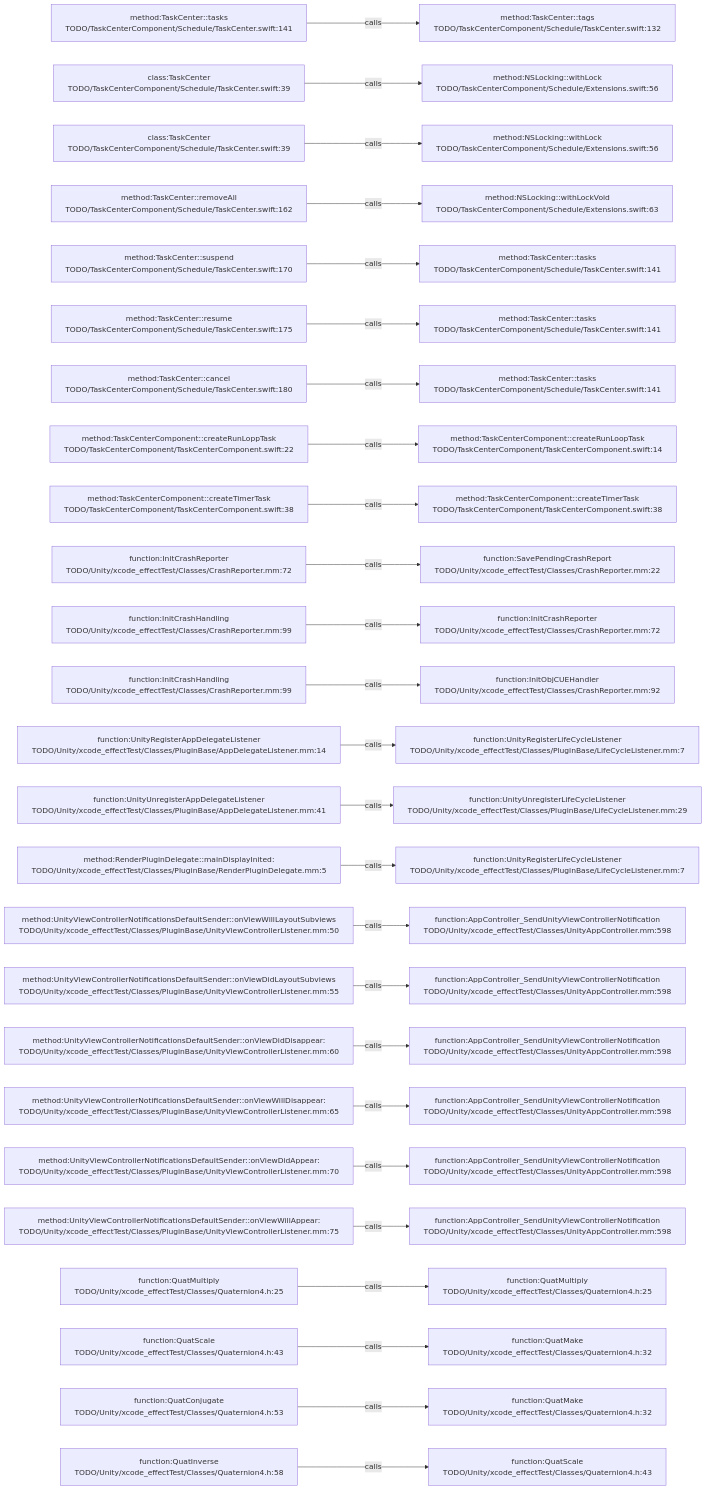
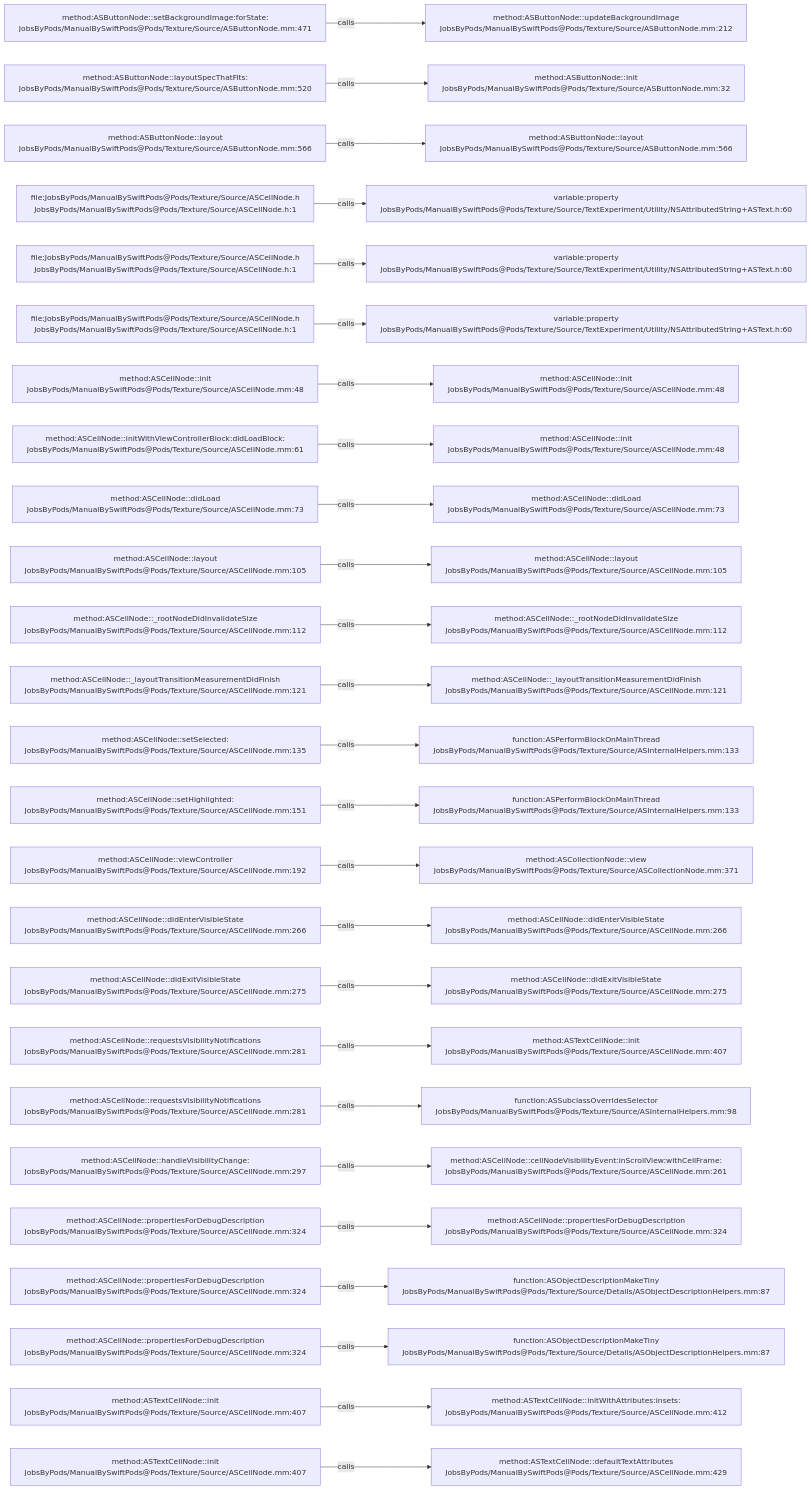
The diagram in .codegraph/codegraph.md/graphs/calls-023.md (JobsKits/JobsSwiftBaseConfigDemo), drawn with Mermaid before and after one commit. The commit also changed 2959 other files, not shown here.

````diff
--- a/.codegraph/codegraph.md/graphs/calls-023.md
+++ b/.codegraph/codegraph.md/graphs/calls-023.md
@@ -13,78 +13,78 @@
 ```mermaid
 flowchart LR
-  S1["method:TaskCenter::tasks<br/>TODO/TaskCenterComponent/Schedule/TaskCenter.swift:141"]
-  T1["method:TaskCenter::tags<br/>TODO/TaskCenterComponent/Schedule/TaskCenter.swift:132"]
+  S1["method:ASButtonNode::setBackgroundImage:forState:<br/>JobsByPods/ManualBySwiftPods@Pods/Texture/Source/ASButtonNode.mm:471"]
+  T1["method:ASButtonNode::updateBackgroundImage<br/>JobsByPods/ManualBySwiftPods@Pods/Texture/Source/ASButtonNode.mm:212"]
   S1 -->|calls| T1
-  S2["class:TaskCenter<br/>TODO/TaskCenterComponent/Schedule/TaskCenter.swift:39"]
-  T2["method:NSLocking::withLock<br/>TODO/TaskCenterComponent/Schedule/Extensions.swift:56"]
+  S2["method:ASButtonNode::layoutSpecThatFits:<br/>JobsByPods/ManualBySwiftPods@Pods/Texture/Source/ASButtonNode.mm:520"]
+  T2["method:ASButtonNode::init<br/>JobsByPods/ManualBySwiftPods@Pods/Texture/Source/ASButtonNode.mm:32"]
   S2 -->|calls| T2
-  S3["class:TaskCenter<br/>TODO/TaskCenterComponent/Schedule/TaskCenter.swift:39"]
-  T3["method:NSLocking::withLock<br/>TODO/TaskCenterComponent/Schedule/Extensions.swift:56"]
+  S3["method:ASButtonNode::layout<br/>JobsByPods/ManualBySwiftPods@Pods/Texture/Source/ASButtonNode.mm:566"]
+  T3["method:ASButtonNode::layout<br/>JobsByPods/ManualBySwiftPods@Pods/Texture/Source/ASButtonNode.mm:566"]
   S3 -->|calls| T3
-  S4["method:TaskCenter::removeAll<br/>TODO/TaskCenterComponent/Schedule/TaskCenter.swift:162"]
-  T4["method:NSLocking::withLockVoid<br/>TODO/TaskCenterComponent/Schedule/Extensions.swift:63"]
+  S4["file:JobsByPods/ManualBySwiftPods@Pods/Texture/Source/ASCellNode.h<br/>JobsByPods/ManualBySwiftPods@Pods/Texture/Source/ASCellNode.h:1"]
+  T4["variable:property<br/>JobsByPods/ManualBySwiftPods@Pods/Texture/Source/TextExperiment/Utility/NSAttributedString+ASText.h:60"]
   S4 -->|calls| T4
-  S5["method:TaskCenter::suspend<br/>TODO/TaskCenterComponent/Schedule/TaskCenter.swift:170"]
-  T5["method:TaskCenter::tasks<br/>TODO/TaskCenterComponent/Schedule/TaskCenter.swift:141"]
+  S5["file:JobsByPods/ManualBySwiftPods@Pods/Texture/Source/ASCellNode.h<br/>JobsByPods/ManualBySwiftPods@Pods/Texture/Source/ASCellNode.h:1"]
+  T5["variable:property<br/>JobsByPods/ManualBySwiftPods@Pods/Texture/Source/TextExperiment/Utility/NSAttributedString+ASText.h:60"]
   S5 -->|calls| T5
-  S6["method:TaskCenter::resume<br/>TODO/TaskCenterComponent/Schedule/TaskCenter.swift:175"]
-  T6["method:TaskCenter::tasks<br/>TODO/TaskCenterComponent/Schedule/TaskCenter.swift:141"]
+  S6["file:JobsByPods/ManualBySwiftPods@Pods/Texture/Source/ASCellNode.h<br/>JobsByPods/ManualBySwiftPods@Pods/Texture/Source/ASCellNode.h:1"]
+  T6["variable:property<br/>JobsByPods/ManualBySwiftPods@Pods/Texture/Source/TextExperiment/Utility/NSAttributedString+ASText.h:60"]
   S6 -->|calls| T6
-  S7["method:TaskCenter::cancel<br/>TODO/TaskCenterComponent/Schedule/TaskCenter.swift:180"]
-  T7["method:TaskCenter::tasks<br/>TODO/TaskCenterComponent/Schedule/TaskCenter.swift:141"]
+  S7["method:ASCellNode::init<br/>JobsByPods/ManualBySwiftPods@Pods/Texture/Source/ASCellNode.mm:48"]
+  T7["method:ASCellNode::init<br/>JobsByPods/ManualBySwiftPods@Pods/Texture/Source/ASCellNode.mm:48"]
   S7 -->|calls| T7
-  S8["method:TaskCenterComponent::createRunLoppTask<br/>TODO/TaskCenterComponent/TaskCenterComponent.swift:22"]
-  T8["method:TaskCenterComponent::createRunLoopTask<br/>TODO/TaskCenterComponent/TaskCenterComponent.swift:14"]
+  S8["method:ASCellNode::initWithViewControllerBlock:didLoadBlock:<br/>JobsByPods/ManualBySwiftPods@Pods/Texture/Source/ASCellNode.mm:61"]
+  T8["method:ASCellNode::init<br/>JobsByPods/ManualBySwiftPods@Pods/Texture/Source/ASCellNode.mm:48"]
   S8 -->|calls| T8
-  S9["method:TaskCenterComponent::createTimerTask<br/>TODO/TaskCenterComponent/TaskCenterComponent.swift:38"]
-  T9["method:TaskCenterComponent::createTimerTask<br/>TODO/TaskCenterComponent/TaskCenterComponent.swift:38"]
+  S9["method:ASCellNode::didLoad<br/>JobsByPods/ManualBySwiftPods@Pods/Texture/Source/ASCellNode.mm:73"]
+  T9["method:ASCellNode::didLoad<br/>JobsByPods/ManualBySwiftPods@Pods/Texture/Source/ASCellNode.mm:73"]
   S9 -->|calls| T9
-  S10["function:InitCrashReporter<br/>TODO/Unity/xcode_effectTest/Classes/CrashReporter.mm:72"]
-  T10["function:SavePendingCrashReport<br/>TODO/Unity/xcode_effectTest/Classes/CrashReporter.mm:22"]
+  S10["method:ASCellNode::layout<br/>JobsByPods/ManualBySwiftPods@Pods/Texture/Source/ASCellNode.mm:105"]
+  T10["method:ASCellNode::layout<br/>JobsByPods/ManualBySwiftPods@Pods/Texture/Source/ASCellNode.mm:105"]
   S10 -->|calls| T10
-  S11["function:InitCrashHandling<br/>TODO/Unity/xcode_effectTest/Classes/CrashReporter.mm:99"]
-  T11["function:InitCrashReporter<br/>TODO/Unity/xcode_effectTest/Classes/CrashReporter.mm:72"]
+  S11["method:ASCellNode::_rootNodeDidInvalidateSize<br/>JobsByPods/ManualBySwiftPods@Pods/Texture/Source/ASCellNode.mm:112"]
+  T11["method:ASCellNode::_rootNodeDidInvalidateSize<br/>JobsByPods/ManualBySwiftPods@Pods/Texture/Source/ASCellNode.mm:112"]
   S11 -->|calls| T11
-  S12["function:InitCrashHandling<br/>TODO/Unity/xcode_effectTest/Classes/CrashReporter.mm:99"]
-  T12["function:InitObjCUEHandler<br/>TODO/Unity/xcode_effectTest/Classes/CrashReporter.mm:92"]
+  S12["method:ASCellNode::_layoutTransitionMeasurementDidFinish<br/>JobsByPods/ManualBySwiftPods@Pods/Texture/Source/ASCellNode.mm:121"]
+  T12["method:ASCellNode::_layoutTransitionMeasurementDidFinish<br/>JobsByPods/ManualBySwiftPods@Pods/Texture/Source/ASCellNode.mm:121"]
   S12 -->|calls| T12
-  S13["function:UnityRegisterAppDelegateListener<br/>TODO/Unity/xcode_effectTest/Classes/PluginBase/AppDelegateListener.mm:14"]
-  T13["function:UnityRegisterLifeCycleListener<br/>TODO/Unity/xcode_effectTest/Classes/PluginBase/LifeCycleListener.mm:7"]
+  S13["method:ASCellNode::setSelected:<br/>JobsByPods/ManualBySwiftPods@Pods/Texture/Source/ASCellNode.mm:135"]
+  T13["function:ASPerformBlockOnMainThread<br/>JobsByPods/ManualBySwiftPods@Pods/Texture/Source/ASInternalHelpers.mm:133"]
   S13 -->|calls| T13
-  S14["function:UnityUnregisterAppDelegateListener<br/>TODO/Unity/xcode_effectTest/Classes/PluginBase/AppDelegateListener.mm:41"]
-  T14["function:UnityUnregisterLifeCycleListener<br/>TODO/Unity/xcode_effectTest/Classes/PluginBase/LifeCycleListener.mm:29"]
+  S14["method:ASCellNode::setHighlighted:<br/>JobsByPods/ManualBySwiftPods@Pods/Texture/Source/ASCellNode.mm:151"]
+  T14["function:ASPerformBlockOnMainThread<br/>JobsByPods/ManualBySwiftPods@Pods/Texture/Source/ASInternalHelpers.mm:133"]
   S14 -->|calls| T14
-  S15["method:RenderPluginDelegate::mainDisplayInited:<br/>TODO/Unity/xcode_effectTest/Classes/PluginBase/RenderPluginDelegate.mm:5"]
-  T15["function:UnityRegisterLifeCycleListener<br/>TODO/Unity/xcode_effectTest/Classes/PluginBase/LifeCycleListener.mm:7"]
+  S15["method:ASCellNode::viewController<br/>JobsByPods/ManualBySwiftPods@Pods/Texture/Source/ASCellNode.mm:192"]
+  T15["method:ASCollectionNode::view<br/>JobsByPods/ManualBySwiftPods@Pods/Texture/Source/ASCollectionNode.mm:371"]
   S15 -->|calls| T15
-  S16["method:UnityViewControllerNotificationsDefaultSender::onViewWillLayoutSubviews<br/>TODO/Unity/xcode_effectTest/Classes/PluginBase/UnityViewControllerListener.mm:50"]
-  T16["function:AppController_SendUnityViewControllerNotification<br/>TODO/Unity/xcode_effectTest/Classes/UnityAppController.mm:598"]
+  S16["method:ASCellNode::didEnterVisibleState<br/>JobsByPods/ManualBySwiftPods@Pods/Texture/Source/ASCellNode.mm:266"]
+  T16["method:ASCellNode::didEnterVisibleState<br/>JobsByPods/ManualBySwiftPods@Pods/Texture/Source/ASCellNode.mm:266"]
   S16 -->|calls| T16
-  S17["method:UnityViewControllerNotificationsDefaultSender::onViewDidLayoutSubviews<br/>TODO/Unity/xcode_effectTest/Classes/PluginBase/UnityViewControllerListener.mm:55"]
-  T17["function:AppController_SendUnityViewControllerNotification<br/>TODO/Unity/xcode_effectTest/Classes/UnityAppController.mm:598"]
+  S17["method:ASCellNode::didExitVisibleState<br/>JobsByPods/ManualBySwiftPods@Pods/Texture/Source/ASCellNode.mm:275"]
+  T17["method:ASCellNode::didExitVisibleState<br/>JobsByPods/ManualBySwiftPods@Pods/Texture/Source/ASCellNode.mm:275"]
   S17 -->|calls| T17
-  S18["method:UnityViewControllerNotificationsDefaultSender::onViewDidDisappear:<br/>TODO/Unity/xcode_effectTest/Classes/PluginBase/UnityViewControllerListener.mm:60"]
-  T18["function:AppController_SendUnityViewControllerNotification<br/>TODO/Unity/xcode_effectTest/Classes/UnityAppController.mm:598"]
+  S18["method:ASCellNode::requestsVisibilityNotifications<br/>JobsByPods/ManualBySwiftPods@Pods/Texture/Source/ASCellNode.mm:281"]
+  T18["method:ASTextCellNode::init<br/>JobsByPods/ManualBySwiftPods@Pods/Texture/Source/ASCellNode.mm:407"]
   S18 -->|calls| T18
-  S19["method:UnityViewControllerNotificationsDefaultSender::onViewWillDisappear:<br/>TODO/Unity/xcode_effectTest/Classes/PluginBase/UnityViewControllerListener.mm:65"]
-  T19["function:AppController_SendUnityViewControllerNotification<br/>TODO/Unity/xcode_effectTest/Classes/UnityAppController.mm:598"]
+  S19["method:ASCellNode::requestsVisibilityNotifications<br/>JobsByPods/ManualBySwiftPods@Pods/Texture/Source/ASCellNode.mm:281"]
+  T19["function:ASSubclassOverridesSelector<br/>JobsByPods/ManualBySwiftPods@Pods/Texture/Source/ASInternalHelpers.mm:98"]
   S19 -->|calls| T19
-  S20["method:UnityViewControllerNotificationsDefaultSender::onViewDidAppear:<br/>TODO/Unity/xcode_effectTest/Classes/PluginBase/UnityViewControllerListener.mm:70"]
-  T20["function:AppController_SendUnityViewControllerNotification<br/>TODO/Unity/xcode_effectTest/Classes/UnityAppController.mm:598"]
+  S20["method:ASCellNode::handleVisibilityChange:<br/>JobsByPods/ManualBySwiftPods@Pods/Texture/Source/ASCellNode.mm:297"]
+  T20["method:ASCellNode::cellNodeVisibilityEvent:inScrollView:withCellFrame:<br/>JobsByPods/ManualBySwiftPods@Pods/Texture/Source/ASCellNode.mm:261"]
   S20 -->|calls| T20
-  S21["method:UnityViewControllerNotificationsDefaultSender::onViewWillAppear:<br/>TODO/Unity/xcode_effectTest/Classes/PluginBase/UnityViewControllerListener.mm:75"]
-  T21["function:AppController_SendUnityViewControllerNotification<br/>TODO/Unity/xcode_effectTest/Classes/UnityAppController.mm:598"]
+  S21["method:ASCellNode::propertiesForDebugDescription<br/>JobsByPods/ManualBySwiftPods@Pods/Texture/Source/ASCellNode.mm:324"]
+  T21["method:ASCellNode::propertiesForDebugDescription<br/>JobsByPods/ManualBySwiftPods@Pods/Texture/Source/ASCellNode.mm:324"]
   S21 -->|calls| T21
-  S22["function:QuatMultiply<br/>TODO/Unity/xcode_effectTest/Classes/Quaternion4.h:25"]
-  T22["function:QuatMultiply<br/>TODO/Unity/xcode_effectTest/Classes/Quaternion4.h:25"]
+  S22["method:ASCellNode::propertiesForDebugDescription<br/>JobsByPods/ManualBySwiftPods@Pods/Texture/Source/ASCellNode.mm:324"]
+  T22["function:ASObjectDescriptionMakeTiny<br/>JobsByPods/ManualBySwiftPods@Pods/Texture/Source/Details/ASObjectDescriptionHelpers.mm:87"]
   S22 -->|calls| T22
-  S23["function:QuatScale<br/>TODO/Unity/xcode_effectTest/Classes/Quaternion4.h:43"]
-  T23["function:QuatMake<br/>TODO/Unity/xcode_effectTest/Classes/Quaternion4.h:32"]
+  S23["method:ASCellNode::propertiesForDebugDescription<br/>JobsByPods/ManualBySwiftPods@Pods/Texture/Source/ASCellNode.mm:324"]
+  T23["function:ASObjectDescriptionMakeTiny<br/>JobsByPods/ManualBySwiftPods@Pods/Texture/Source/Details/ASObjectDescriptionHelpers.mm:87"]
   S23 -->|calls| T23
-  S24["function:QuatConjugate<br/>TODO/Unity/xcode_effectTest/Classes/Quaternion4.h:53"]
-  T24["function:QuatMake<br/>TODO/Unity/xcode_effectTest/Classes/Quaternion4.h:32"]
+  S24["method:ASTextCellNode::init<br/>JobsByPods/ManualBySwiftPods@Pods/Texture/Source/ASCellNode.mm:407"]
+  T24["method:ASTextCellNode::initWithAttributes:insets:<br/>JobsByPods/ManualBySwiftPods@Pods/Texture/Source/ASCellNode.mm:412"]
   S24 -->|calls| T24
-  S25["function:QuatInverse<br/>TODO/Unity/xcode_effectTest/Classes/Quaternion4.h:58"]
-  T25["function:QuatScale<br/>TODO/Unity/xcode_effectTest/Classes/Quaternion4.h:43"]
+  S25["method:ASTextCellNode::init<br/>JobsByPods/ManualBySwiftPods@Pods/Texture/Source/ASCellNode.mm:407"]
+  T25["method:ASTextCellNode::defaultTextAttributes<br/>JobsByPods/ManualBySwiftPods@Pods/Texture/Source/ASCellNode.mm:429"]
   S25 -->|calls| T25
 ```
````
